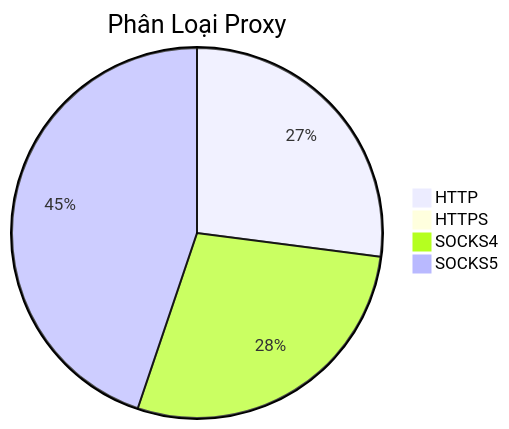
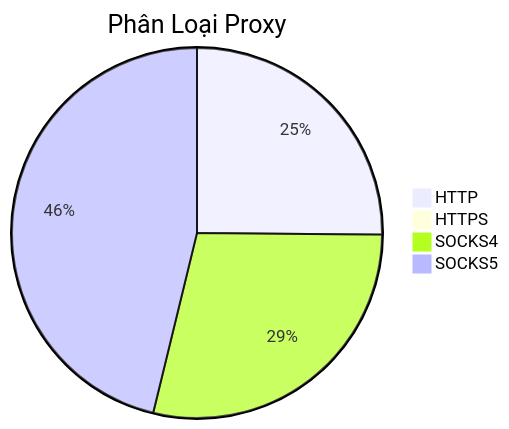
One commit to Ciara-Aa/PROXY-free changed the diagram in README.md. Above: the diagram before and after it, drawn with Mermaid. The commit also changed other lines of this file and 4 other files, not shown here.

````diff
--- a/README.md
+++ b/README.md
@@ -26,7 +26,7 @@
 ```mermaid
 pie title Phân Loại Proxy
-    "HTTP" : 253
+    "HTTP" : 271
     "HTTPS" : 3
-    "SOCKS4" : 263
-    "SOCKS5" : 419
+    "SOCKS4" : 309
+    "SOCKS5" : 498
 ```
````
